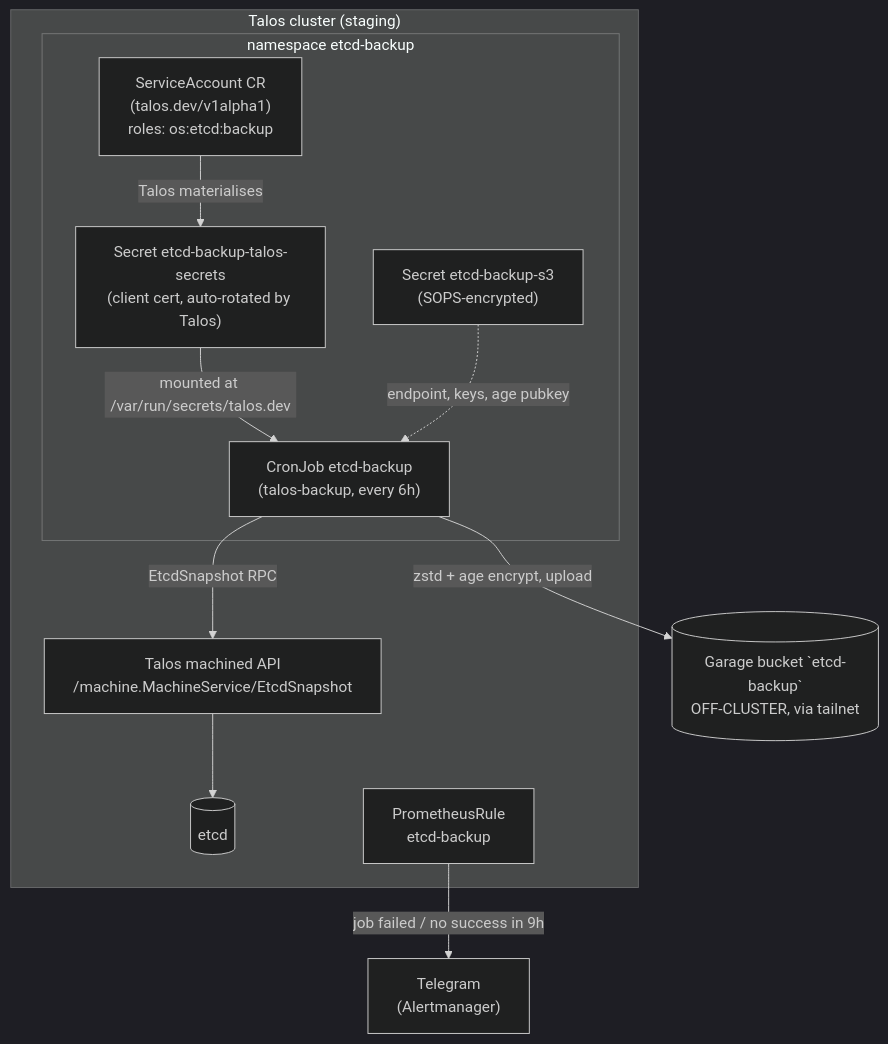
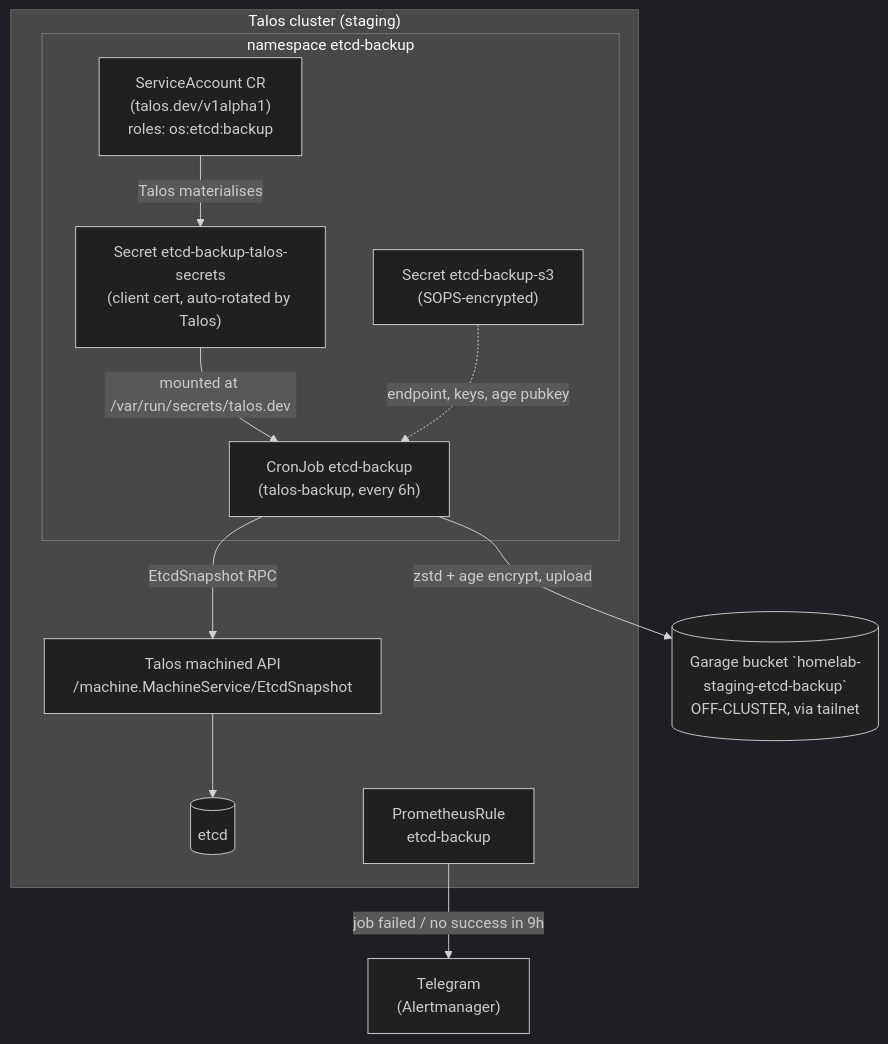
The diagram in documentations/09-etcd-backup-dr.md (eliorion/homelab_v1), drawn with Mermaid (dark theme) before and after one commit. The commit also changed other lines of this file and 1 other file, not shown here.

First line of the commit message:
fix(etcd-backup): bucket renamed to homelab-staging-etcd-backup

````diff
--- a/documentations/09-etcd-backup-dr.md
+++ b/documentations/09-etcd-backup-dr.md
@@ -27,25 +27,25 @@
 ```mermaid
 graph TD
   subgraph cluster["Talos cluster (staging)"]
     subgraph ns["namespace etcd-backup"]
       sa["ServiceAccount CR<br/>(talos.dev/v1alpha1)<br/>roles: os:etcd:backup"]
       sec_talos["Secret etcd-backup-talos-secrets<br/>(client cert, auto-rotated by Talos)"]
       cj["CronJob etcd-backup<br/>(talos-backup, every 6h)"]
       sec_s3["Secret etcd-backup-s3<br/>(SOPS-encrypted)"]
     end
     api["Talos machined API<br/>/machine.MachineService/EtcdSnapshot"]
     etcd[("etcd")]
     pr["PrometheusRule<br/>etcd-backup"]
   end
 
-  garage[("Garage bucket `etcd-backup`<br/>OFF-CLUSTER, via tailnet")]
+  garage[("Garage bucket `homelab-staging-etcd-backup`<br/>OFF-CLUSTER, via tailnet")]
   tg["Telegram<br/>(Alertmanager)"]
 
   sa -- "Talos materialises" --> sec_talos
   sec_talos -- "mounted at /var/run/secrets/talos.dev" --> cj
   sec_s3 -. "endpoint, keys, age pubkey" .-> cj
   cj -- "EtcdSnapshot RPC" --> api
   api --> etcd
   cj -- "zstd + age encrypt, upload" --> garage
   pr -- "job failed / no success in 9h" --> tg
 ```
````
